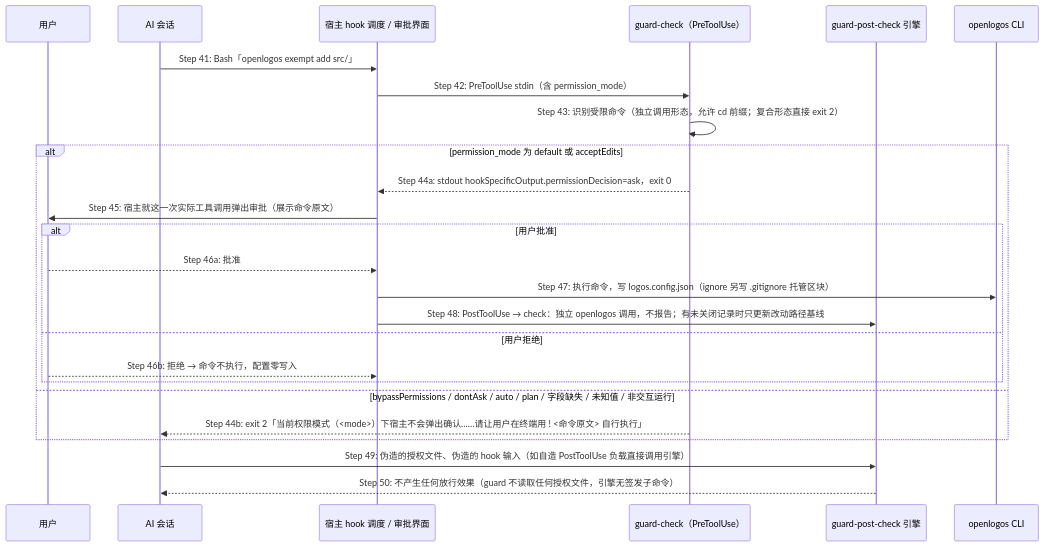
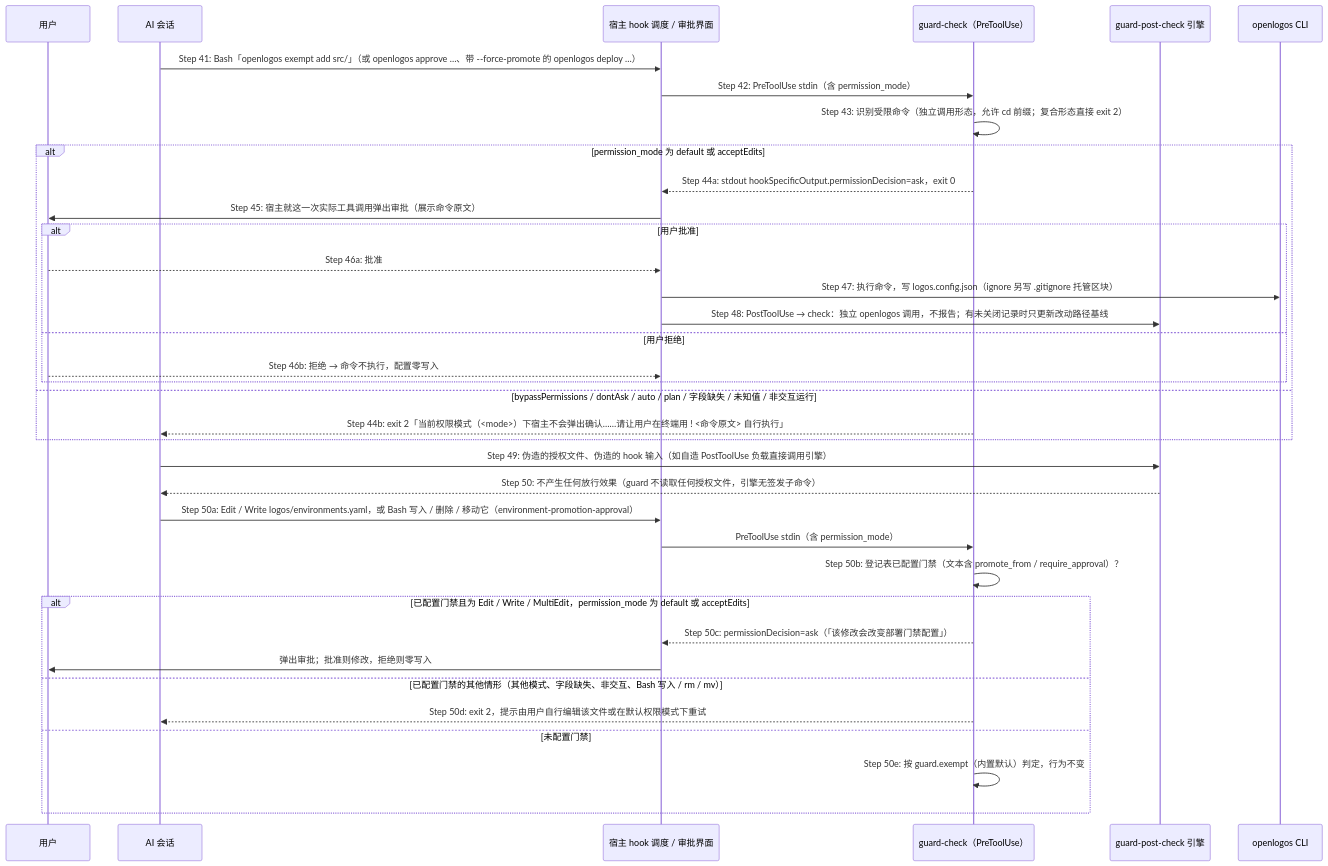
Before and after one commit to miniidealab/openlogos: diagram 13 of 14 in logos/resources/prd/3-technical-plan/2-scenario-implementation/core-S09-change-management.md, drawn with Mermaid. The commit also changed other lines of this file and 62 other files, not shown here.

Commit message:
chore(archive): environment-promotion-approval — 归档自动提交

````diff
--- a/logos/resources/prd/3-technical-plan/2-scenario-implementation/core-S09-change-management.md
+++ b/logos/resources/prd/3-technical-plan/2-scenario-implementation/core-S09-change-management.md
@@ -940,28 +940,39 @@
 ```mermaid
 sequenceDiagram
     participant U as 用户
     participant AI as AI 会话
     participant H as 宿主 hook 调度 / 审批界面
     participant G as guard-check（PreToolUse）
     participant P as guard-post-check 引擎
     participant CLI as openlogos CLI
 
-    AI->>H: Step 41: Bash「openlogos exempt add src/」
+    AI->>H: Step 41: Bash「openlogos exempt add src/」（或 openlogos approve …、带 --force-promote 的 openlogos deploy …）
     H->>G: Step 42: PreToolUse stdin（含 permission_mode）
     G->>G: Step 43: 识别受限命令（独立调用形态，允许 cd 前缀；复合形态直接 exit 2）
     alt permission_mode 为 default 或 acceptEdits
         G-->>H: Step 44a: stdout hookSpecificOutput.permissionDecision=ask，exit 0
         H->>U: Step 45: 宿主就这一次实际工具调用弹出审批（展示命令原文）
         alt 用户批准
             U-->>H: Step 46a: 批准
             H->>CLI: Step 47: 执行命令，写 logos.config.json（ignore 另写 .gitignore 托管区块）
             H->>P: Step 48: PostToolUse → check：独立 openlogos 调用，不报告；有未关闭记录时只更新改动路径基线
         else 用户拒绝
             U-->>H: Step 46b: 拒绝 → 命令不执行，配置零写入
         end
     else bypassPermissions / dontAsk / auto / plan / 字段缺失 / 未知值 / 非交互运行
         G-->>AI: Step 44b: exit 2「当前权限模式（<mode>）下宿主不会弹出确认……请让用户在终端用 ! <命令原文> 自行执行」
     end
     AI->>P: Step 49: 伪造的授权文件、伪造的 hook 输入（如自造 PostToolUse 负载直接调用引擎）
     P-->>AI: Step 50: 不产生任何放行效果（guard 不读取任何授权文件，引擎无签发子命令）
+    AI->>H: Step 50a: Edit / Write logos/environments.yaml，或 Bash 写入 / 删除 / 移动它（environment-promotion-approval）
+    H->>G: PreToolUse stdin（含 permission_mode）
+    G->>G: Step 50b: 登记表已配置门禁（文本含 promote_from / require_approval）？
+    alt 已配置门禁且为 Edit / Write / MultiEdit，permission_mode 为 default 或 acceptEdits
+        G-->>H: Step 50c: permissionDecision=ask（「该修改会改变部署门禁配置」）
+        H->>U: 弹出审批；批准则修改，拒绝则零写入
+    else 已配置门禁的其他情形（其他模式、字段缺失、非交互、Bash 写入 / rm / mv）
+        G-->>AI: Step 50d: exit 2，提示由用户自行编辑该文件或在默认权限模式下重试
+    else 未配置门禁
+        G->>G: Step 50e: 按 guard.exempt（内置默认）判定，行为不变
+    end
 ```
````
